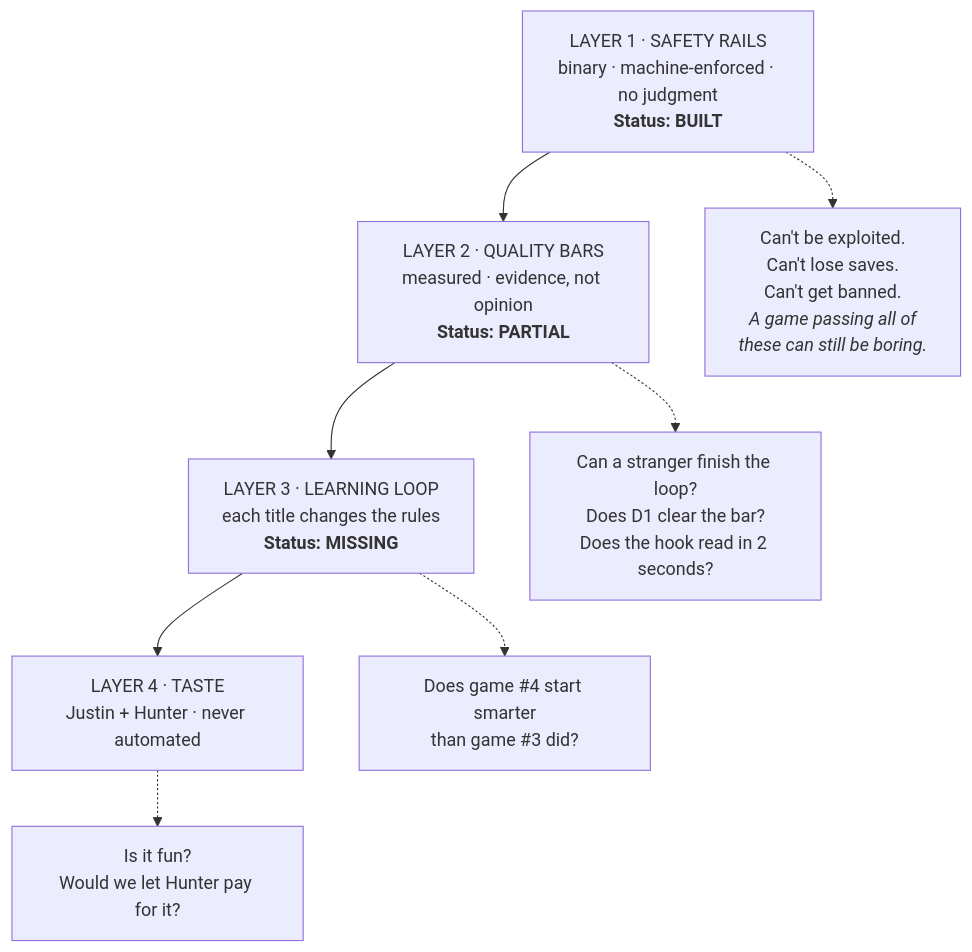
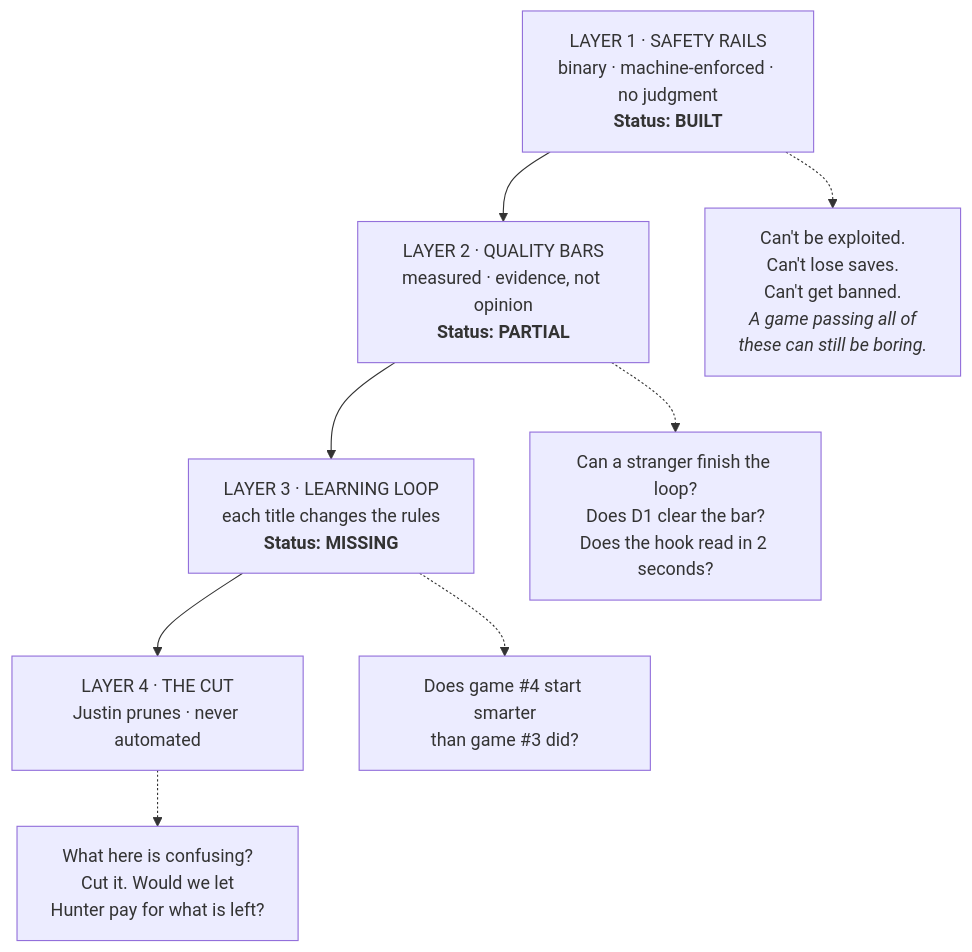
Before and after one commit to Kamchatka15/hellweek: the second of 4 diagrams in roblox-pipeline/docs/SYSTEM_ARCHITECTURE.md, drawn with Mermaid. The commit also changed other lines of this file, not shown here.

````diff
--- a/roblox-pipeline/docs/SYSTEM_ARCHITECTURE.md
+++ b/roblox-pipeline/docs/SYSTEM_ARCHITECTURE.md
@@ -47,12 +47,12 @@
 ```mermaid
 flowchart TB
     L1["LAYER 1 · SAFETY RAILS<br/>binary · machine-enforced · no judgment<br/><b>Status: BUILT</b>"]
     L2["LAYER 2 · QUALITY BARS<br/>measured · evidence, not opinion<br/><b>Status: PARTIAL</b>"]
     L3["LAYER 3 · LEARNING LOOP<br/>each title changes the rules<br/><b>Status: MISSING</b>"]
-    L4["LAYER 4 · TASTE<br/>Justin + Hunter · never automated"]
+    L4["LAYER 4 · THE CUT<br/>Justin prunes · never automated"]
     L1 --> L2 --> L3 --> L4
     L1 -.-> N1["Can't be exploited.<br/>Can't lose saves.<br/>Can't get banned.<br/><i>A game passing all of<br/>these can still be boring.</i>"]
     L2 -.-> N2["Can a stranger finish the loop?<br/>Does D1 clear the bar?<br/>Does the hook read in 2 seconds?"]
     L3 -.-> N3["Does game #4 start smarter<br/>than game #3 did?"]
-    L4 -.-> N4["Is it fun?<br/>Would we let Hunter pay for it?"]
+    L4 -.-> N4["What here is confusing?<br/>Cut it. Would we let<br/>Hunter pay for what is left?"]
 ```
````
